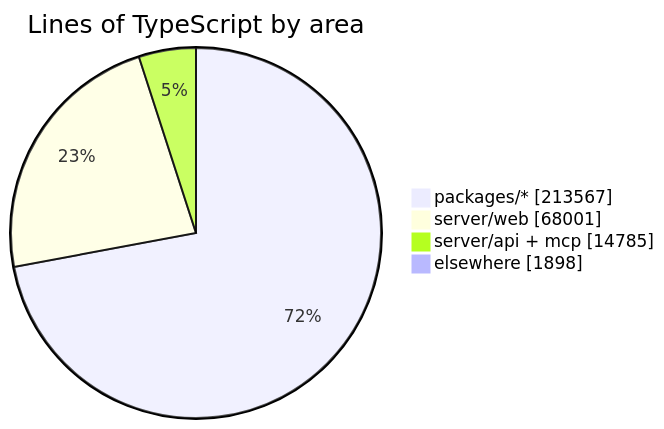
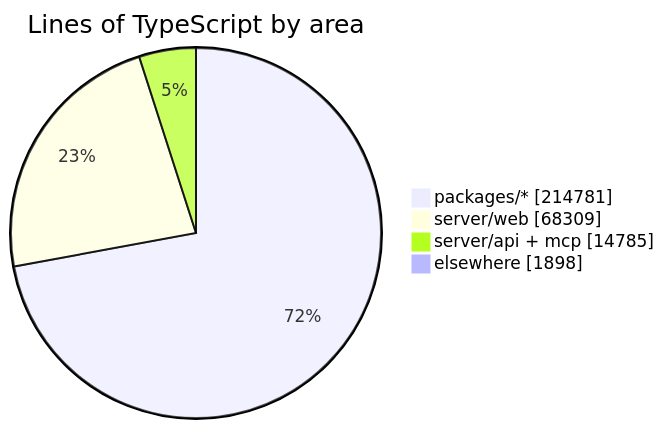
Before and after one commit to crossworks-engineering/mantle: the diagram in README.md, drawn with Mermaid. The commit also changed other lines of this file and 2 other files, not shown here.

````diff
--- a/README.md
+++ b/README.md
@@ -287,7 +287,7 @@
 ```mermaid
 pie showData title Lines of TypeScript by area
-    "packages/*" : 213567
-    "server/web" : 68001
+    "packages/*" : 214781
+    "server/web" : 68309
     "server/api + mcp" : 14785
     "elsewhere" : 1898
 ```
````
